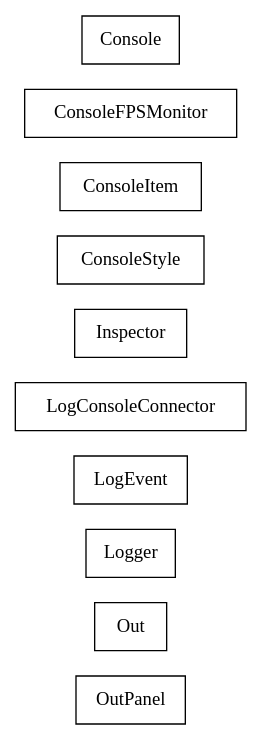
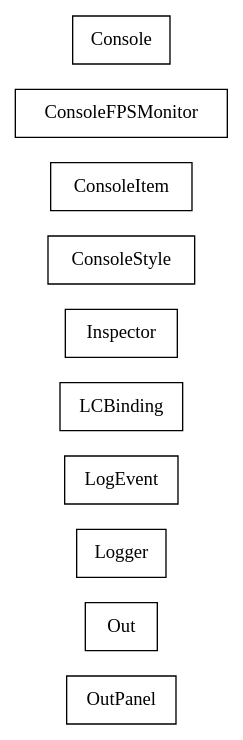
One commit to sekati/sasapi changed the diagram in docs/com/sekati/log/classes.dot. Above: the diagram before and after it, drawn with Graphviz. The commit also changed 73 other files, not shown here.

Commit message:
Package Updates: com.sekati.log.*

```diff
--- a/docs/com/sekati/log/classes.dot
+++ b/docs/com/sekati/log/classes.dot
@@ -1,63 +1,63 @@
 strict digraph class_diagram {
   rankdir=LR;
   TypeOutPanel[
     label="OutPanel",
     URL="OutPanel.html",
     tooltip="com.sekati.log.OutPanel",
     shape="record"
   ];
   TypeOut[
     label="Out",
     URL="Out.html",
     tooltip="com.sekati.log.Out",
     shape="record"
   ];
   TypeLogger[
     label="Logger",
     URL="Logger.html",
     tooltip="com.sekati.log.Logger",
     shape="record"
   ];
   TypeLogEvent[
     label="LogEvent",
     URL="LogEvent.html",
     tooltip="com.sekati.log.LogEvent",
     shape="record"
   ];
-  TypeLogConsoleConnector[
-    label="LogConsoleConnector",
-    URL="LogConsoleConnector.html",
-    tooltip="com.sekati.log.LogConsoleConnector",
+  TypeLCBinding[
+    label="LCBinding",
+    URL="LCBinding.html",
+    tooltip="com.sekati.log.LCBinding",
     shape="record"
   ];
   TypeInspector[
     label="Inspector",
     URL="Inspector.html",
     tooltip="com.sekati.log.Inspector",
     shape="record"
   ];
   TypeConsoleStyle[
     label="ConsoleStyle",
     URL="ConsoleStyle.html",
     tooltip="com.sekati.log.ConsoleStyle",
     shape="record"
   ];
   TypeConsoleItem[
     label="ConsoleItem",
     URL="ConsoleItem.html",
     tooltip="com.sekati.log.ConsoleItem",
     shape="record"
   ];
   TypeConsoleFPSMonitor[
     label="ConsoleFPSMonitor",
     URL="ConsoleFPSMonitor.html",
     tooltip="com.sekati.log.ConsoleFPSMonitor",
     shape="record"
   ];
   TypeConsole[
     label="Console",
     URL="Console.html",
     tooltip="com.sekati.log.Console",
     shape="record"
   ];
 }
```
